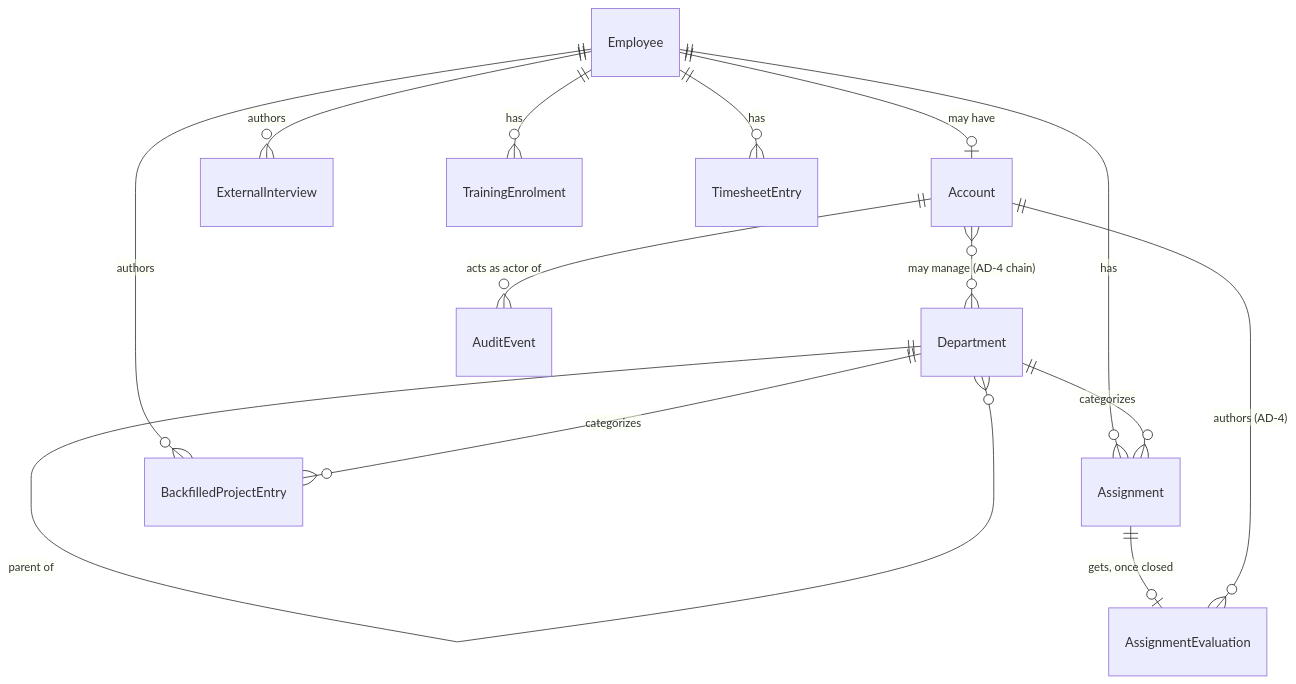
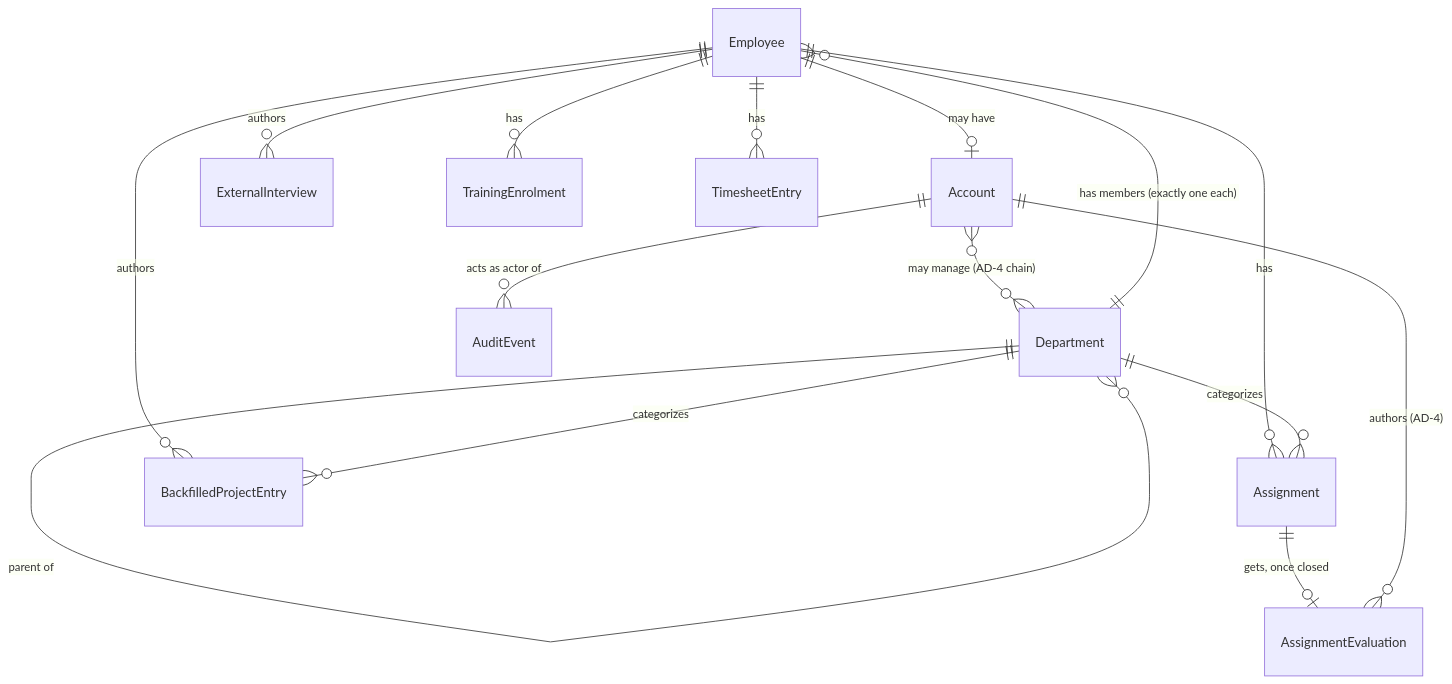
Before and after one commit to sadat12323r5/central-rd-employee-tracking: the second of 2 diagrams in _bmad-output/planning-artifacts/architecture/architecture-AI-DLC-Employee-management-2026-09-29/ARCHITECTURE-SPINE.md, drawn with Mermaid. The commit also changed other lines of this file and 5 other files, not shown here.

````diff
--- a/_bmad-output/planning-artifacts/architecture/architecture-AI-DLC-Employee-management-2026-09-29/ARCHITECTURE-SPINE.md
+++ b/_bmad-output/planning-artifacts/architecture/architecture-AI-DLC-Employee-management-2026-09-29/ARCHITECTURE-SPINE.md
@@ -140,16 +141,17 @@
 ```mermaid
 erDiagram
   Employee ||--o| Account : "may have"
   Account }o--o{ Department : "may manage (AD-4 chain)"
   Department ||--o{ Department : "parent of"
+  Department ||--o{ Employee : "has members (exactly one each)"
   Employee ||--o{ Assignment : "has"
   Department ||--o{ Assignment : "categorizes"
   Assignment ||--o| AssignmentEvaluation : "gets, once closed"
   Account ||--o{ AssignmentEvaluation : "authors (AD-4)"
   Employee ||--o{ BackfilledProjectEntry : "authors"
   Department ||--o{ BackfilledProjectEntry : "categorizes"
   Employee ||--o{ ExternalInterview : "authors"
   Employee ||--o{ TrainingEnrolment : "has"
   Employee ||--o{ TimesheetEntry : "has"
   Account ||--o{ AuditEvent : "acts as actor of"
 ```
````
